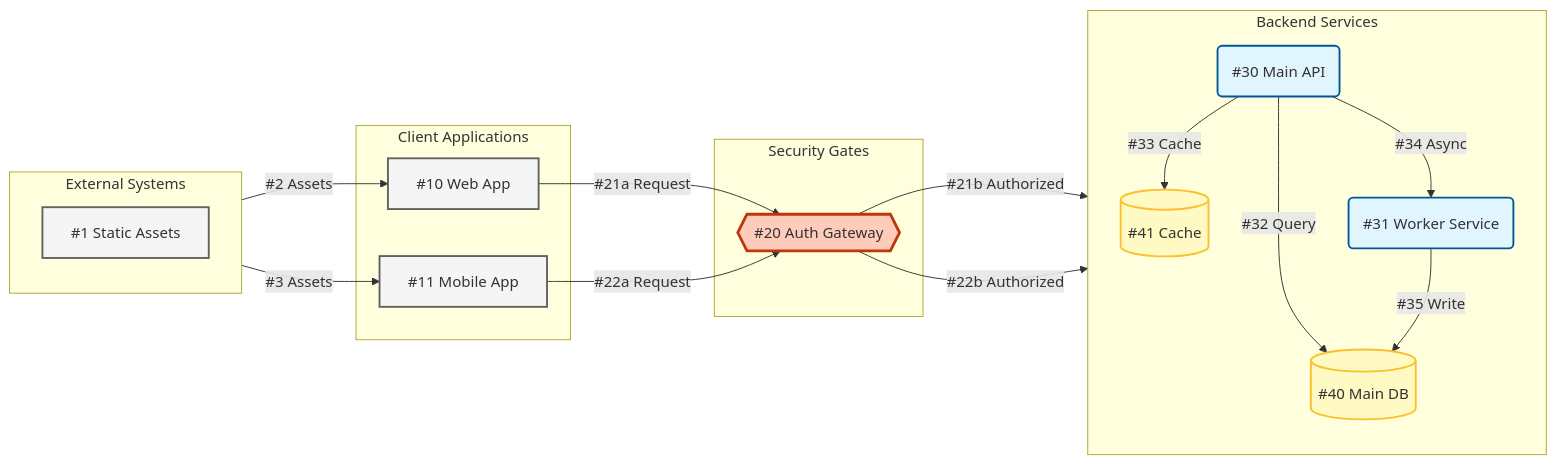
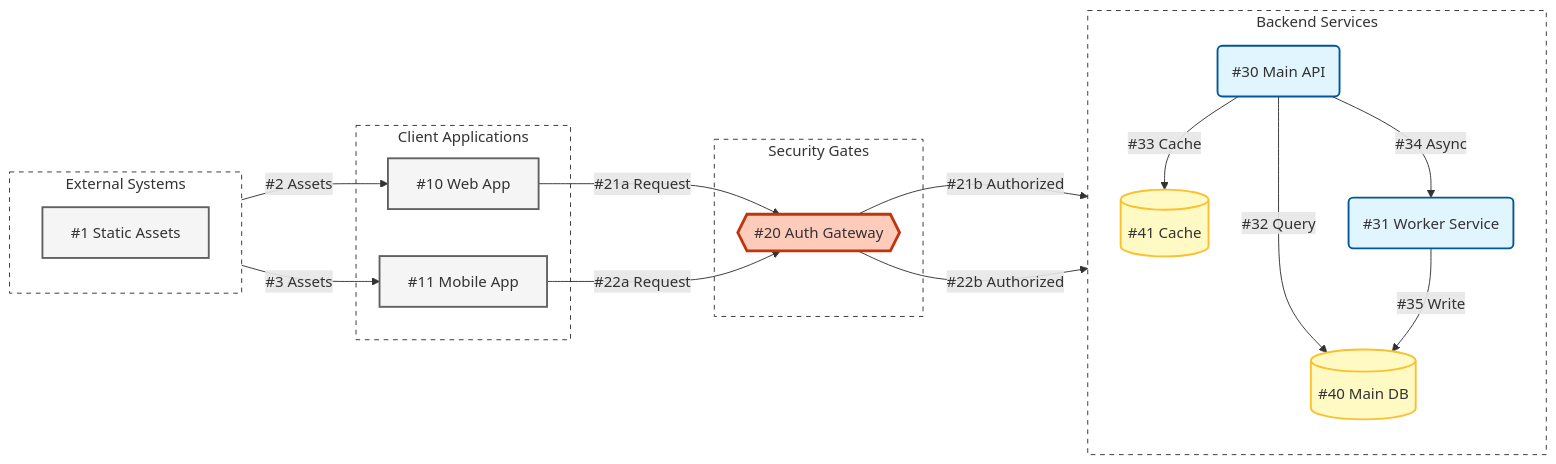
Before and after one commit to theplant/speckit-starter-go: the second of 2 diagrams in .windsurf/workflows/theplant.dfd.md, drawn with Mermaid. The commit also changed other lines of this file, not shown here.

Commit message:
Update trust boundary style and do not allow nested trusted boundaries

````diff
--- a/.windsurf/workflows/theplant.dfd.md
+++ b/.windsurf/workflows/theplant.dfd.md
@@ -142,67 +157,72 @@
 ```mermaid
 graph LR
     %% ==========================================================
     %% Style Definition
     %% ==========================================================
     classDef process fill:#e1f5fe,stroke:#01579b,stroke-width:2px,rx:5,ry:5;
     classDef store fill:#fff9c4,stroke:#fbc02d,stroke-width:2px,shape:cylinder;
     classDef gateway fill:#ffccbc,stroke:#bf360c,stroke-width:3px,shape:hexagon;
     classDef entity fill:#f5f5f5,stroke:#616161,stroke-width:2px,shape:rect;
+    classDef boundary fill:none,stroke:#333,stroke-dasharray: 5 5;
 
     %% ==========================================================
     %% 1. External Layer
     %% ==========================================================
     subgraph External ["External Systems"]
         direction TB
         S3_Assets["#1 Static Assets"]:::entity
     end
+    class External boundary
 
     subgraph Clients ["Client Applications"]
         Client_Web["#10 Web App"]:::entity
         Client_Mobile["#11 Mobile App"]:::entity
     end
+    class Clients boundary
 
     %% ==========================================================
     %% 2. Security Layer
     %% ==========================================================
     subgraph Security ["Security Gates"]
         Gateway_Auth{{"#20 Auth Gateway"}}:::gateway
     end
+    class Security boundary
 
     %% ==========================================================
     %% 3. Backend Layer
     %% ==========================================================
     subgraph Backend ["Backend Services"]
         direction TB
 
         %% APIs
         API_Main("#30 Main API"):::process
         Service_Worker("#31 Worker Service"):::process
 
         %% Databases
         DB_Main[("#40 Main DB")]:::store
         DB_Cache[("#41 Cache")]:::store
     end
+    class Backend boundary
 
     %% ==========================================================
     %% Data Flows
     %% ==========================================================
 
     %% Asset delivery
     S3_Assets -- "#2 Assets" --> Client_Web
     S3_Assets -- "#3 Assets" --> Client_Mobile
 
     %% Client to gateway
     Client_Web -- "#21a Request" --> Gateway_Auth
     Client_Mobile -- "#22a Request" --> Gateway_Auth
 
     %% Gateway to backend
     Gateway_Auth -- "#21b Authorized" --> API_Main
     Gateway_Auth -- "#22b Authorized" --> API_Main
 
     %% Internal flows
     API_Main -- "#32 Query" --> DB_Main
     API_Main -- "#33 Cache" --> DB_Cache
     API_Main -- "#34 Async" --> Service_Worker
     Service_Worker -- "#35 Write" --> DB_Main
 ```
````
